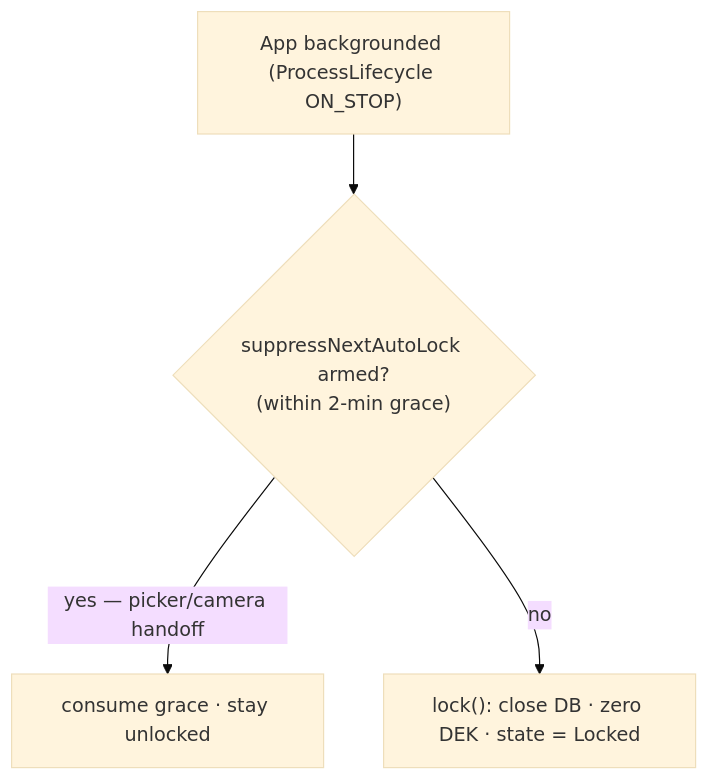
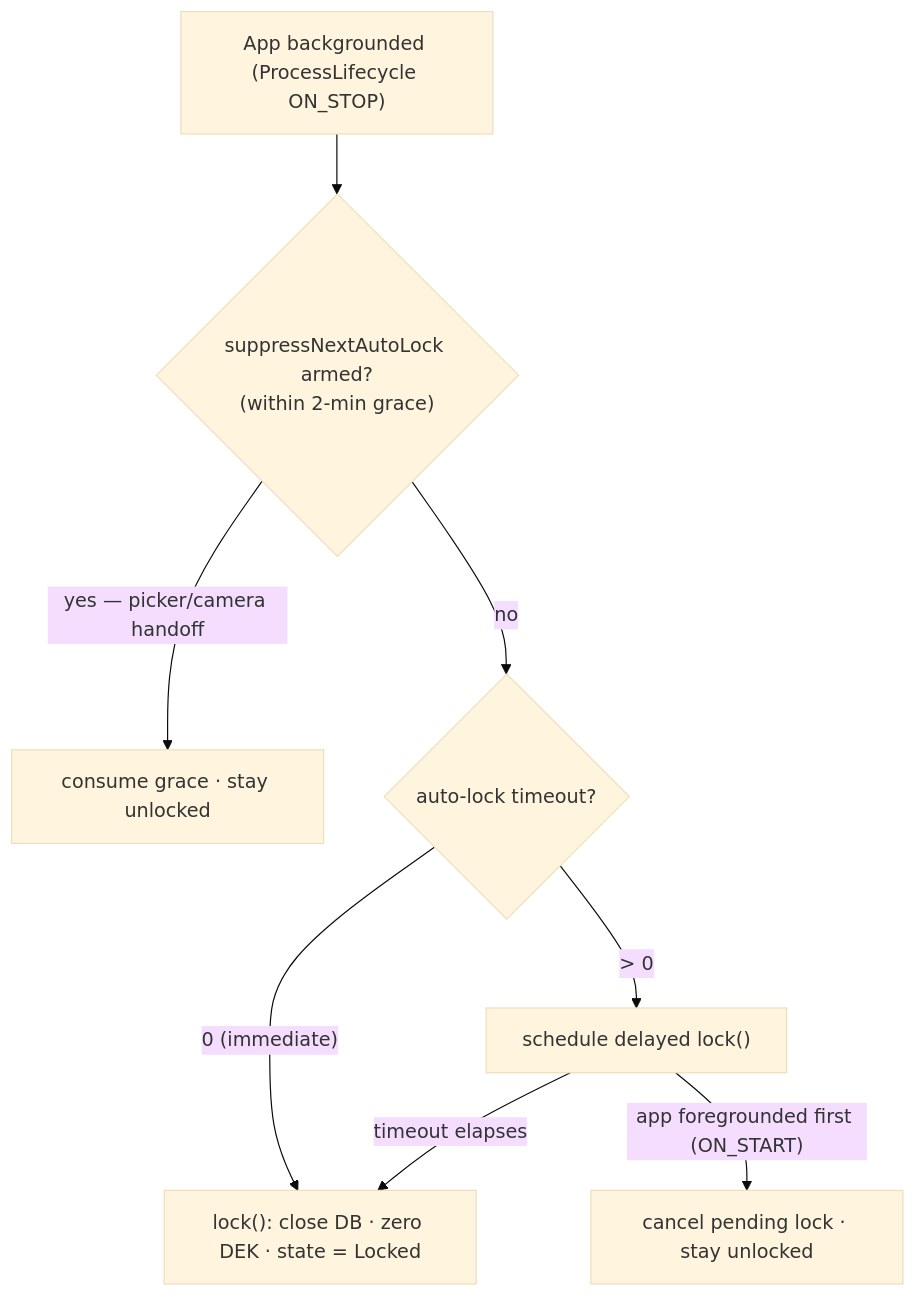
Before and after one commit to herbiewalker/tryst: the eighth of 9 diagrams in docs/FLOWCHARTS.md, drawn with Mermaid (base theme). The commit also changed other lines of this file and 5 other files, not shown here.

````diff
--- a/docs/FLOWCHARTS.md
+++ b/docs/FLOWCHARTS.md
@@ -189,6 +191,10 @@
 ```mermaid
 flowchart TD
     BG["App backgrounded (ProcessLifecycle ON_STOP)"] --> Q{"suppressNextAutoLock armed?<br/>(within 2-min grace)"}
     Q -->|"yes — picker/camera handoff"| R["consume grace · stay unlocked"]
-    Q -->|"no"| L["lock(): close DB · zero DEK · state = Locked"]
+    Q -->|"no"| T{"auto-lock timeout?"}
+    T -->|"0 (immediate)"| L["lock(): close DB · zero DEK · state = Locked"]
+    T -->|"> 0"| D["schedule delayed lock()"]
+    D -->|"timeout elapses"| L
+    D -->|"app foregrounded first (ON_START)"| C["cancel pending lock · stay unlocked"]
 ```
````
